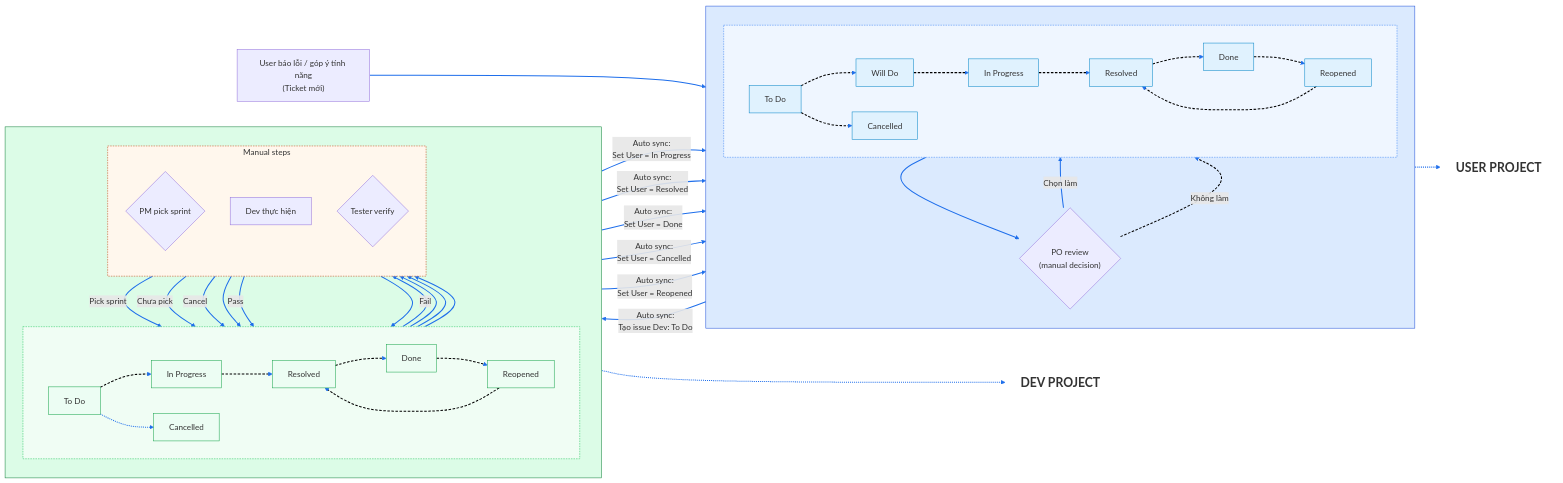
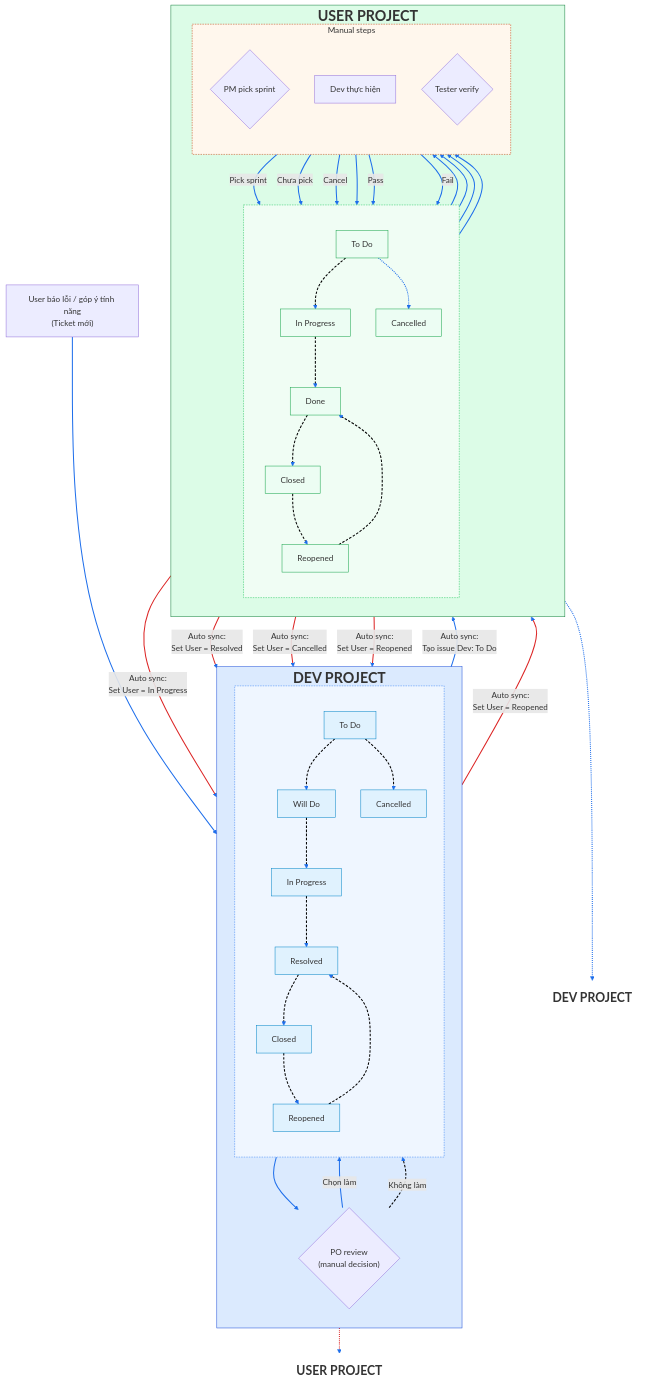
One commit to kiendd/Jira-sync changed the diagram in Workflow.md. Above: the diagram before and after it, drawn with Mermaid. The commit also changed other lines of this file and 7 other files, not shown here.

````diff
--- a/Workflow.md
+++ b/Workflow.md
@@ -4,16 +4,16 @@
 ```mermaid
-flowchart LR
+flowchart TD
     Start["User báo lỗi / góp ý tính năng<br/>(Ticket mới)"] --> U_TODO
 
-    subgraph User_Project[" "]
+    subgraph User_Project[" DEV PROJECT"]
         direction TB
         subgraph User_Statuses[" "]
-            direction LR
+            direction TB
             U_TODO["To Do"]
             U_WILLDO["Will Do"]
             U_INPROG["In Progress"]
             U_RESOLVED["Resolved"]
-            U_DONE["Done"]
+            U_DONE["Closed"]
             U_REOPEN["Reopened"]
             U_CANCEL["Cancelled"]
         end
@@ -29,20 +29,20 @@
         PO_REVIEW -->|Không làm| U_CANCEL
     end
 
-    subgraph Dev_Project[" "]
+    subgraph Dev_Project[" USER PROJECT "]
         direction TB
         subgraph Dev_Statuses[" "]
-            direction LR
+            direction TB
             D_TODO["To Do"]
             D_INPROG["In Progress"]
-            D_RESOLVED["Resolved"]
             D_DONE["Done"]
+            D_CLOSED["Closed"]
             D_REOPEN["Reopened"]
             D_CANCEL["Cancelled"]
         end
         %% Thứ tự chính (mũi tên đứt)
-        D_TODO -.-> D_INPROG -.-> D_RESOLVED -.-> D_DONE
-        D_DONE -.-> D_REOPEN -.-> D_RESOLVED
+        D_TODO -.-> D_INPROG -.-> D_DONE -.-> D_CLOSED
+        D_CLOSED -.-> D_REOPEN -.-> D_DONE
         D_TODO -.-> D_CANCEL
 
         %% Nhóm các bước manual trong Dev
@@ -58,20 +58,20 @@
         PM_PICK -->|Chưa pick| D_TODO
         PM_PICK -->|Cancel| D_CANCEL
 
-        D_INPROG --> DEV_WORK --> D_RESOLVED
-        D_RESOLVED --> TEST_VERIFY
-        TEST_VERIFY -->|Pass| D_DONE
+        D_INPROG --> DEV_WORK --> D_DONE
+        D_DONE --> TEST_VERIFY
+        TEST_VERIFY -->|Pass| D_CLOSED
         TEST_VERIFY -->|Fail| D_REOPEN
         D_REOPEN --> DEV_WORK
     end
 
     %% Auto Sync (service) nối thẳng giữa hai project
-    U_WILLDO -- "Auto sync:<br/>Tạo issue Dev: To Do" --> D_TODO
-    D_INPROG -- "Auto sync:<br/>Set User = In Progress" --> U_INPROG
-    D_RESOLVED -- "Auto sync:<br/>Set User = Resolved" --> U_RESOLVED
-    D_DONE -- "Auto sync:<br/>Set User = Done" --> U_DONE
-    D_CANCEL -- "Auto sync:<br/>Set User = Cancelled" --> U_CANCEL
-    D_REOPEN -- "Auto sync:<br/>Set User = Reopened" --> U_REOPEN
+    U_WILLDO -- "Auto sync:<br/>Tạo issue Dev: To Do" --> D_TODO:::autoSync
+    D_INPROG -- "Auto sync:<br/>Set User = In Progress" --> U_INPROG:::autoSync
+    D_CLOSED -- "Auto sync:<br/>Set User = Resolved" --> U_RESOLVED:::autoSync
+    D_CANCEL -- "Auto sync:<br/>Set User = Cancelled" --> U_CANCEL:::autoSync
+    D_REOPEN -- "Auto sync:<br/>Set User = Reopened" --> U_REOPEN:::autoSync
+    U_REOPEN -- "Auto sync:<br/>Set User = Reopened" --> D_REOPEN:::autoSync
 
     %% Nhãn ngoài khung để không bị che
     User_Label["USER PROJECT"]
@@ -88,8 +88,9 @@
     classDef devStatusGroup fill:#f0fdf4,stroke:#22c55e,stroke-width:1,stroke-dasharray:3 2;
     classDef devManualGroup fill:#fff7ed,stroke:#c2410c,stroke-width:1,stroke-dasharray:3 2;
     classDef labelNode fill:transparent,stroke:transparent,font-size:24px,font-weight:bold;
+    classDef autoSync stroke:#dc2626,stroke-width:2;
     class U_TODO,U_WILLDO,U_INPROG,U_RESOLVED,U_DONE,U_REOPEN,U_CANCEL userNode;
-    class D_TODO,D_INPROG,D_RESOLVED,D_DONE,D_REOPEN,D_CANCEL devNode;
+    class D_TODO,D_INPROG,D_DONE,D_CLOSED,D_REOPEN,D_CANCEL devNode;
     class User_Project userGroup;
     class Dev_Project devGroup;
     class User_Statuses userStatusGroup;
@@ -101,4 +102,5 @@
     linkStyle default stroke:#1f6feb,stroke-width:2;
     linkStyle 1,2,3,4,5,6,7 stroke:#000,stroke-width:2,stroke-dasharray:5 3;
     linkStyle 10,11,12,13,14,15 stroke:#000,stroke-width:2,stroke-dasharray:5 3;
+    linkStyle 28,29,30,31,32,33 stroke:#dc2626,stroke-width:2;
 ```
````
